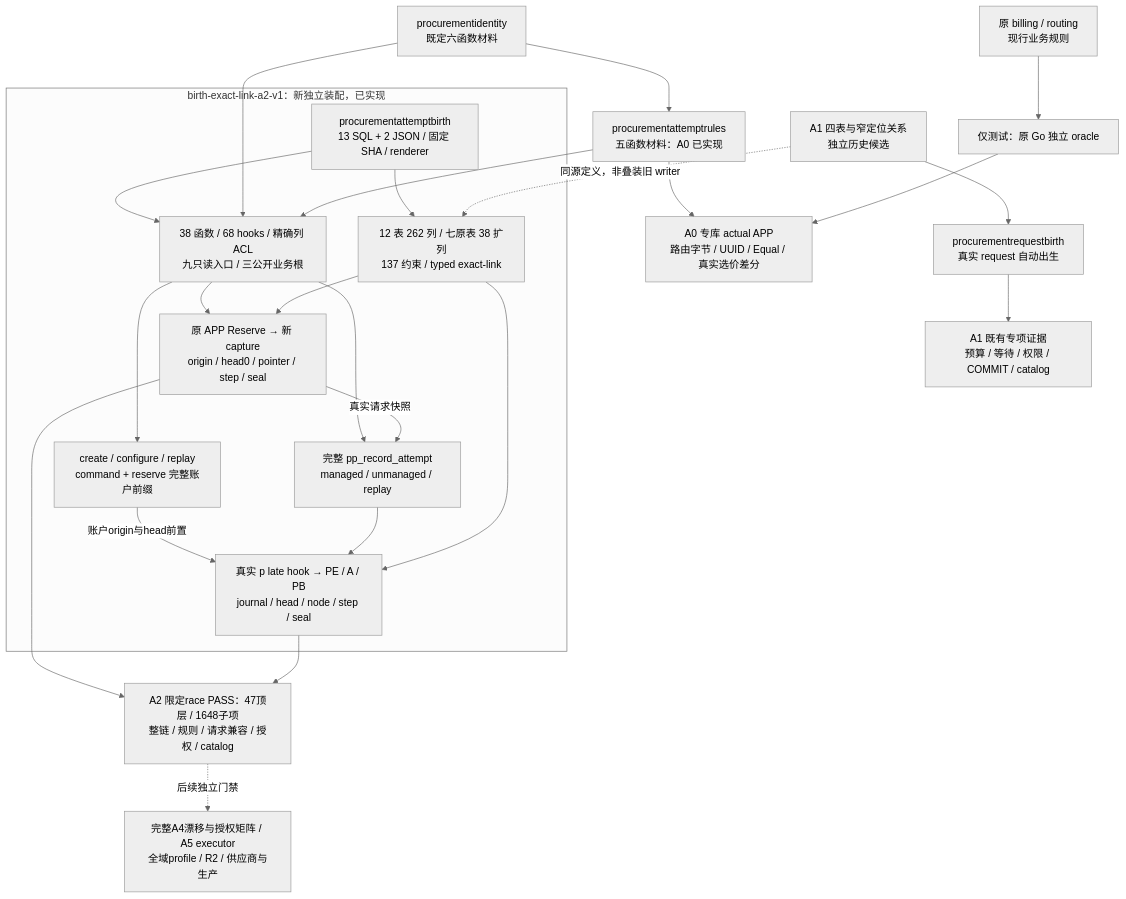
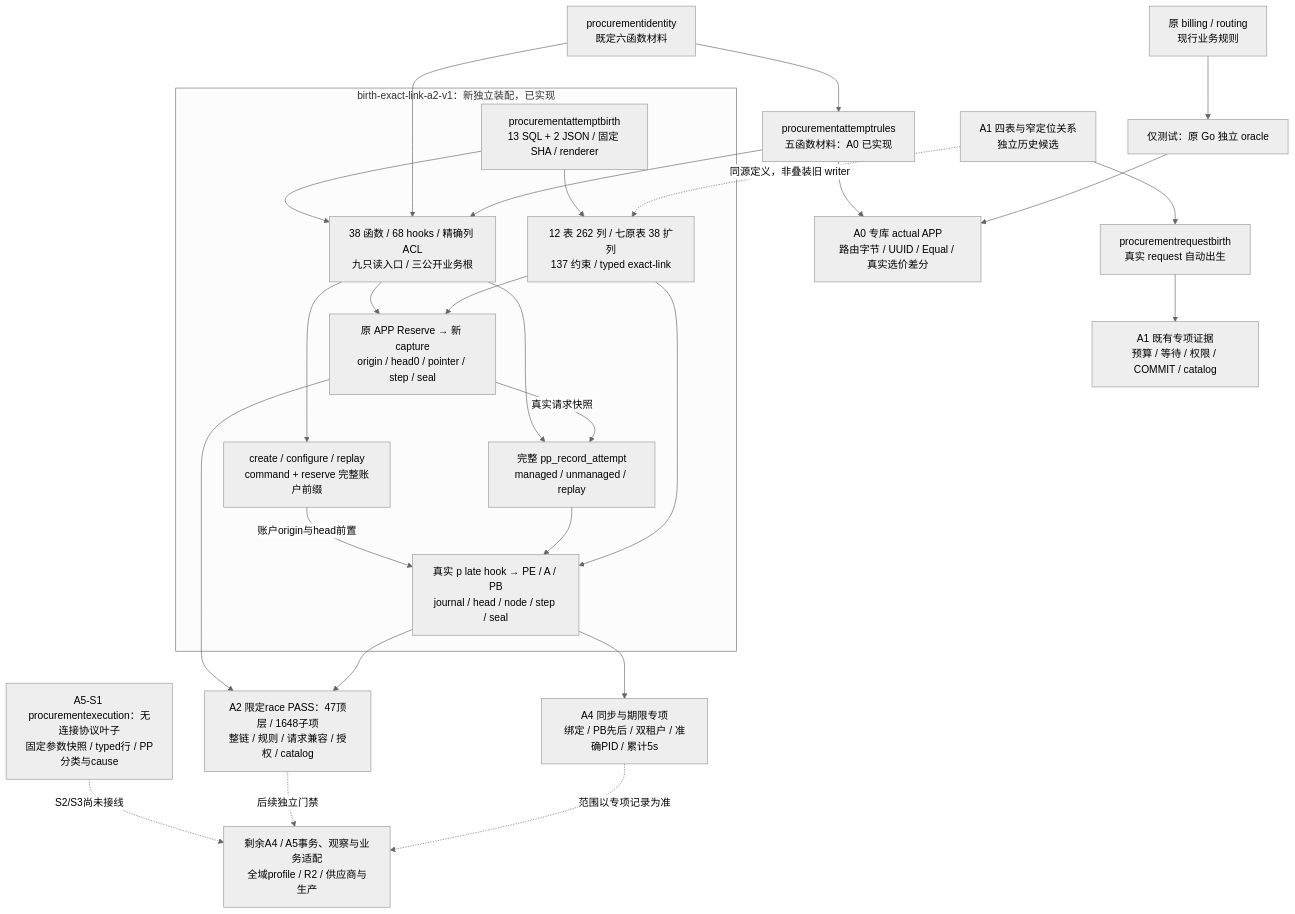
The first of 2 diagrams in docs/architecture/procurement-attempt-birth.md (workhold/moni-aigate), drawn with Mermaid (neutral theme) before and after one commit. The commit also changed other lines of this file and 26 other files, not shown here.

````diff
--- a/docs/architecture/procurement-attempt-birth.md
+++ b/docs/architecture/procurement-attempt-birth.md
@@ -7,34 +7,38 @@
 ```mermaid
 flowchart TD
     Original["原 billing / routing<br/>现行业务规则"] --> Oracle["仅测试：原 Go 独立 oracle"]
     Identity["procurementidentity<br/>既定六函数材料"] --> Rules["procurementattemptrules<br/>五函数材料：A0 已实现"]
     Rules --> PGTest["A0 专库 actual APP<br/>路由字节 / UUID / Equal / 真实选价差分"]
     Oracle --> PGTest
     Schema["A1 四表与窄定位关系<br/>独立历史候选"] --> Birth["procurementrequestbirth<br/>真实 request 自动出生"]
     Birth --> Matrix["A1 既有专项证据<br/>预算 / 等待 / 权限 / COMMIT / catalog"]
     subgraph Candidate["birth-exact-link-a2-v1：新独立装配，已实现"]
         Renderer["procurementattemptbirth<br/>13 SQL + 2 JSON / 固定 SHA / renderer"]
         Relations["12 表 262 列 / 七原表 38 扩列<br/>137 约束 / typed exact-link"]
         Functions["38 函数 / 68 hooks / 精确列 ACL<br/>九只读入口 / 三公开业务根"]
         Request["原 APP Reserve → 新 capture<br/>origin / head0 / pointer / step / seal"]
         Account["create / configure / replay<br/>command + reserve 完整账户前缀"]
         Attempt["完整 pp_record_attempt<br/>managed / unmanaged / replay"]
         Effects["真实 p late hook → PE / A / PB<br/>journal / head / node / step / seal"]
         Renderer --> Relations
         Renderer --> Functions
         Functions --> Request
         Functions --> Account
         Functions --> Attempt
         Request -->|真实请求快照| Attempt
         Account -->|账户origin与head前置| Effects
         Attempt --> Effects
     end
     Schema -. "同源定义，非叠装旧 writer" .-> Relations
     Identity --> Functions
     Rules --> Functions
     Relations --> Request
     Relations --> Effects
     Request --> A2PG["A2 限定race PASS：47顶层 / 1648子项<br/>整链 / 规则 / 请求兼容 / 授权 / catalog"]
     Effects --> A2PG
-    A2PG -. "后续独立门禁" .-> Future["完整A4漂移与授权矩阵 / A5 executor<br/>全域profile / R2 / 供应商与生产"]
+    Effects --> Sync["A4 同步与期限专项<br/>绑定 / PB先后 / 双租户 / 准确PID / 累计5s"]
+    ABI["A5-S1 procurementexecution：无连接协议叶子<br/>固定参数快照 / typed行 / PP分类与cause"]
+    ABI -. "S2/S3尚未接线" .-> Future["剩余A4 / A5事务、观察与业务适配<br/>全域profile / R2 / 供应商与生产"]
+    A2PG -. "后续独立门禁" .-> Future
+    Sync -. "范围以专项记录为准" .-> Future
 ```
````
